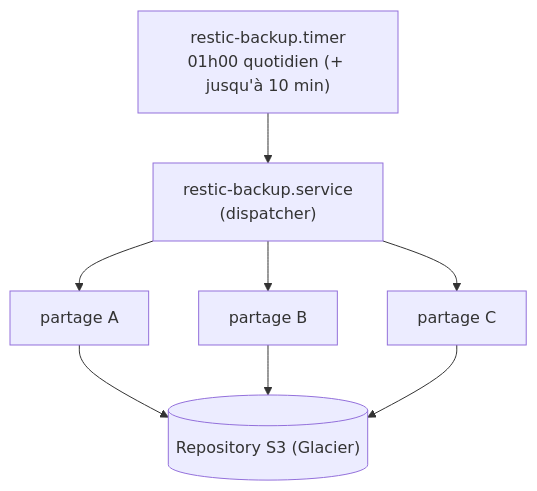
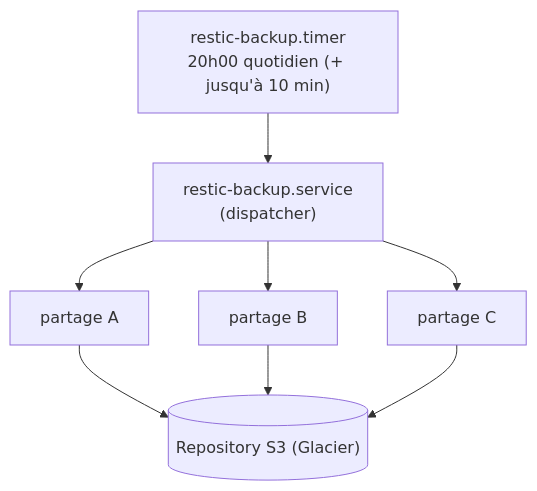
The diagram in docs/overview.md (gaelc08/restic), drawn with Mermaid before and after one commit. The commit also changed other lines of this file and 5 other files, not shown here.

````diff
--- a/docs/overview.md
+++ b/docs/overview.md
@@ -18,10 +18,10 @@
 ```mermaid
 flowchart TD
-    T["restic-backup.timer<br/>01h00 quotidien (+ jusqu'à 10 min)"] --> D["restic-backup.service<br/>(dispatcher)"]
+    T["restic-backup.timer<br/>20h00 quotidien (+ jusqu'à 10 min)"] --> D["restic-backup.service<br/>(dispatcher)"]
     D --> A["partage A"]
     D --> B["partage B"]
     D --> C["partage C"]
     A --> S[("Repository S3 (Glacier)")]
     B --> S
     C --> S
 ```
````
